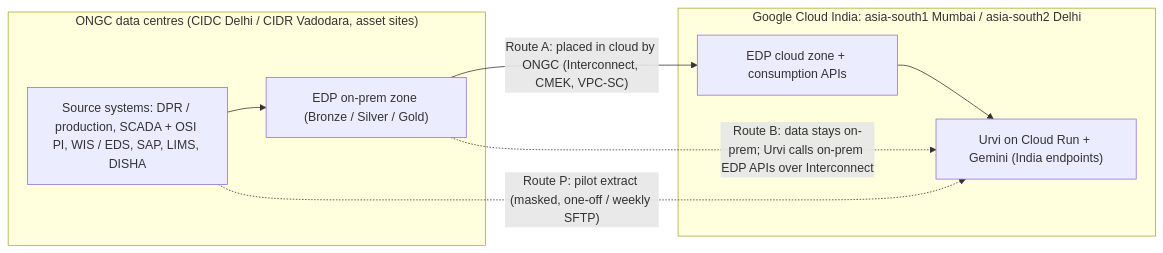
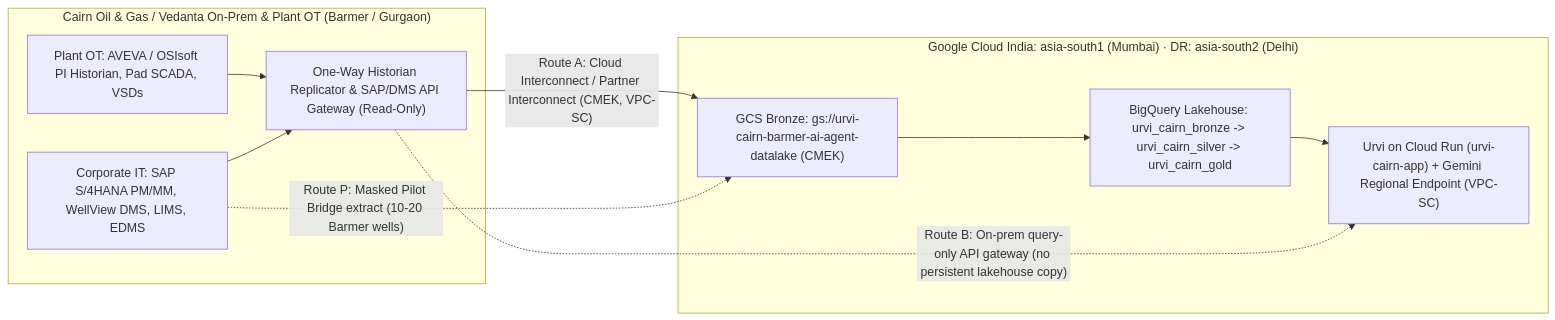
The first of 2 diagrams in docs/data_access_plan.md (amandeepsinghs-cyber/urvi-cairn-barmer), drawn with Mermaid before and after one commit. The commit also changed other lines of this file and 405 other files, not shown here.

````diff
--- a/docs/data_access_plan.md
+++ b/docs/data_access_plan.md
@@ -75,16 +59,19 @@
 ```mermaid
 flowchart LR
-  subgraph ONGC["ONGC data centres (CIDC Delhi / CIDR Vadodara, asset sites)"]
-    SRC["Source systems: DPR / production, SCADA + OSI PI, WIS / EDS, SAP, LIMS, DISHA"]
-    EDPON["EDP on-prem zone (Bronze / Silver / Gold)"]
-    SRC --> EDPON
+  subgraph CAIRN["Cairn Oil & Gas / Vedanta On-Prem & Plant OT (Barmer / Gurgaon)"]
+    OT["Plant OT: AVEVA / OSIsoft PI Historian, Pad SCADA, VSDs"]
+    ERP["Corporate IT: SAP S/4HANA PM/MM, WellView DMS, LIMS, EDMS"]
+    DMZ["One-Way Historian Replicator & SAP/DMS API Gateway (Read-Only)"]
+    OT --> DMZ
+    ERP --> DMZ
   end
-  subgraph GCP["Google Cloud India: asia-south1 Mumbai / asia-south2 Delhi"]
-    EDPCL["EDP cloud zone + consumption APIs"]
-    URVI["Urvi on Cloud Run + Gemini (India endpoints)"]
-    EDPCL --> URVI
+  subgraph GCP["Google Cloud India: asia-south1 (Mumbai) · DR: asia-south2 (Delhi)"]
+    GCS["GCS Bronze: gs://urvi-cairn-barmer-ai-agent-datalake (CMEK)"]
+    BQ["BigQuery Lakehouse: urvi_cairn_bronze -> urvi_cairn_silver -> urvi_cairn_gold"]
+    URVI["Urvi on Cloud Run (urvi-cairn-app) + Gemini Regional Endpoint (VPC-SC)"]
+    GCS --> BQ --> URVI
   end
-  EDPON -- "Route A: placed in cloud by ONGC (Interconnect, CMEK, VPC-SC)" --> EDPCL
-  EDPON -. "Route B: data stays on-prem; Urvi calls on-prem EDP APIs over Interconnect" .-> URVI
-  SRC -. "Route P: pilot extract (masked, one-off / weekly SFTP)" .-> URVI
+  DMZ -- "Route A: Cloud Interconnect / Partner Interconnect (CMEK, VPC-SC)" --> GCS
+  DMZ -. "Route B: On-prem query-only API gateway (no persistent lakehouse copy)" .-> URVI
+  ERP -. "Route P: Masked Pilot Bridge extract (10-20 Barmer wells)" .-> GCS
 ```
````
